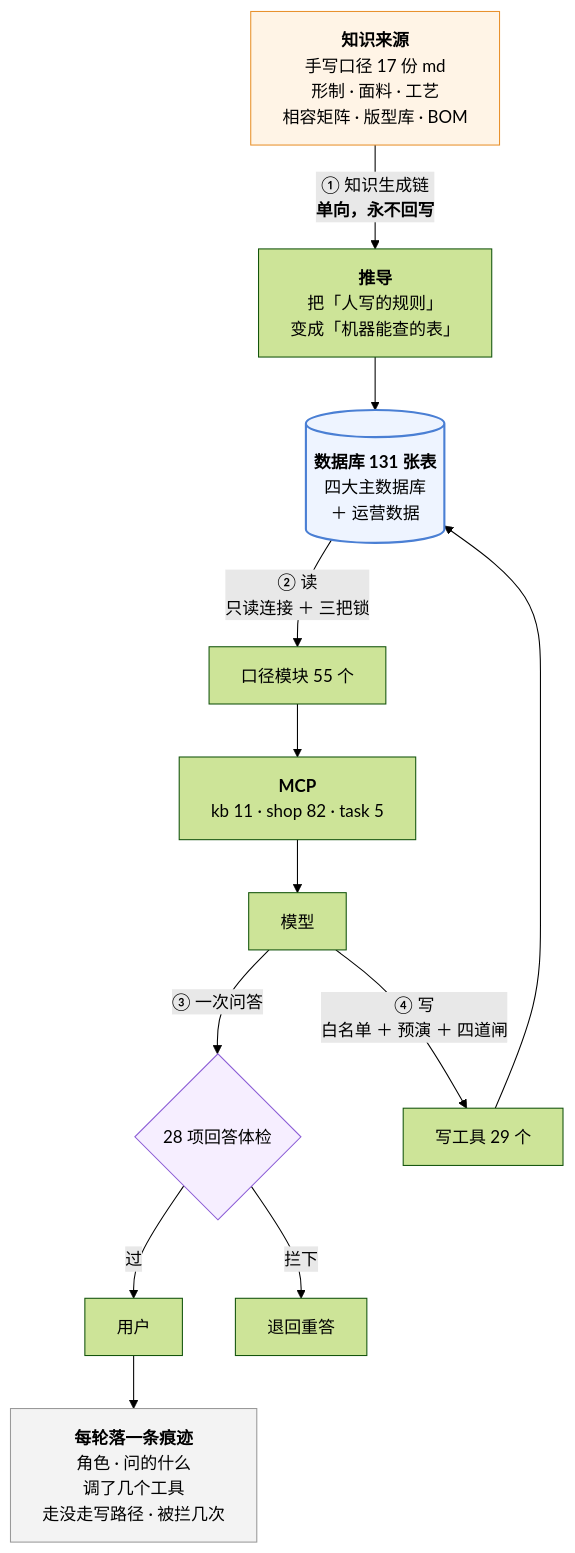
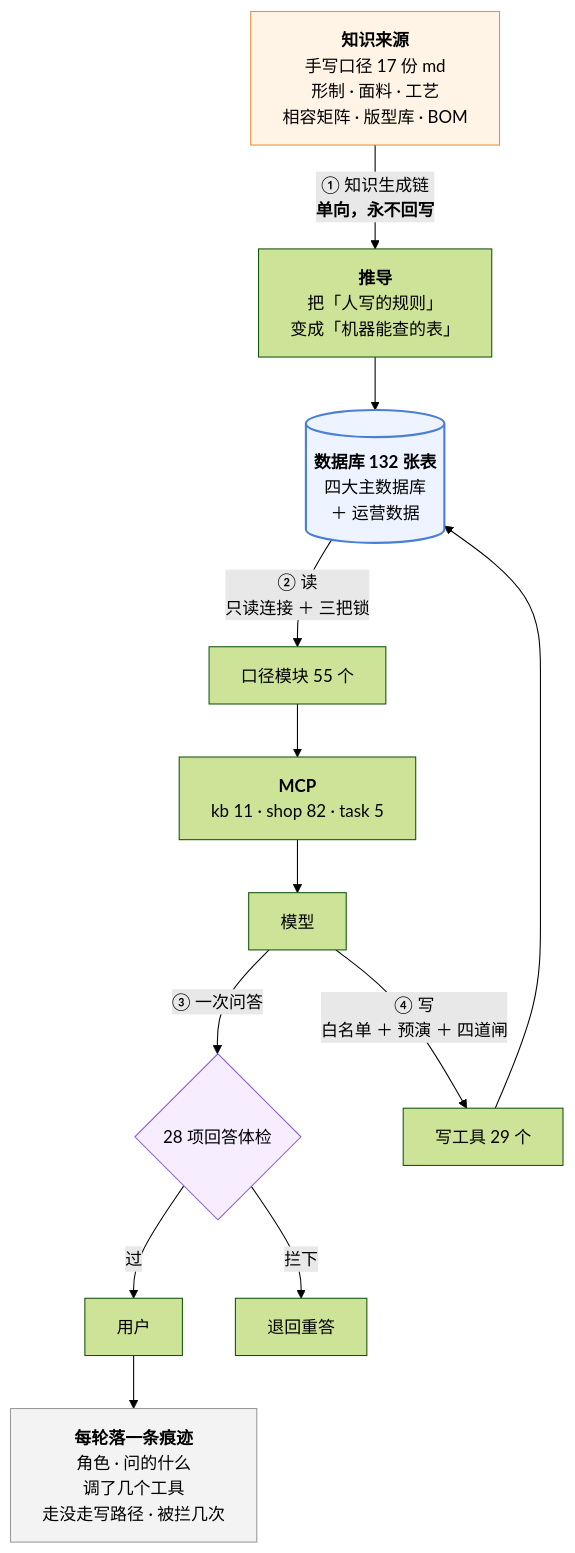
The third of 3 diagrams in 澜绣云裳agent-产品说明.md (843773296-rgb/lanxiu-yunshang-agent), drawn with Mermaid (forest theme) before and after one commit. The commit also changed other lines of this file and 12 other files, not shown here.

````diff
--- a/澜绣云裳agent-产品说明.md
+++ b/澜绣云裳agent-产品说明.md
@@ -1043,24 +1043,24 @@
 ```mermaid
 flowchart TD
     MD["<b>知识来源</b><br/>手写口径 17 份 md<br/>形制 · 面料 · 工艺<br/>相容矩阵 · 版型库 · BOM"]
     MD -->|"① 知识生成链<br/><b>单向，永不回写</b>"| DV["<b>推导</b><br/>把「人写的规则」<br/>变成「机器能查的表」"]
-    DV --> DB[("<b>数据库 131 张表</b><br/>四大主数据库<br/>＋ 运营数据")]
+    DV --> DB[("<b>数据库 132 张表</b><br/>四大主数据库<br/>＋ 运营数据")]
 
     DB -->|"② 读<br/>只读连接 ＋ 三把锁"| KJ["口径模块 55 个"]
     KJ --> MCP["<b>MCP</b><br/>kb 11 · shop 82 · task 5"]
     MCP --> LLM["模型"]
 
     LLM -->|"③ 一次问答"| GD{"28 项回答体检"}
     GD -- 过 --> U["用户"]
     GD -- 拦下 --> RE["退回重答"]
 
     LLM -->|"④ 写<br/>白名单 ＋ 预演 ＋ 四道闸"| W["写工具 29 个"]
     W --> DB
 
     U --> TR["<b>每轮落一条痕迹</b><br/>角色 · 问的什么<br/>调了几个工具<br/>走没走写路径 · 被拦几次"]
 
     style MD fill:#fff4e6,stroke:#e8912d
     style DB fill:#eef4ff,stroke:#4a7fd4,stroke-width:2px
     style GD fill:#f6eeff,stroke:#8b5cd6
     style TR fill:#f3f3f3,stroke:#999
 ```
````
